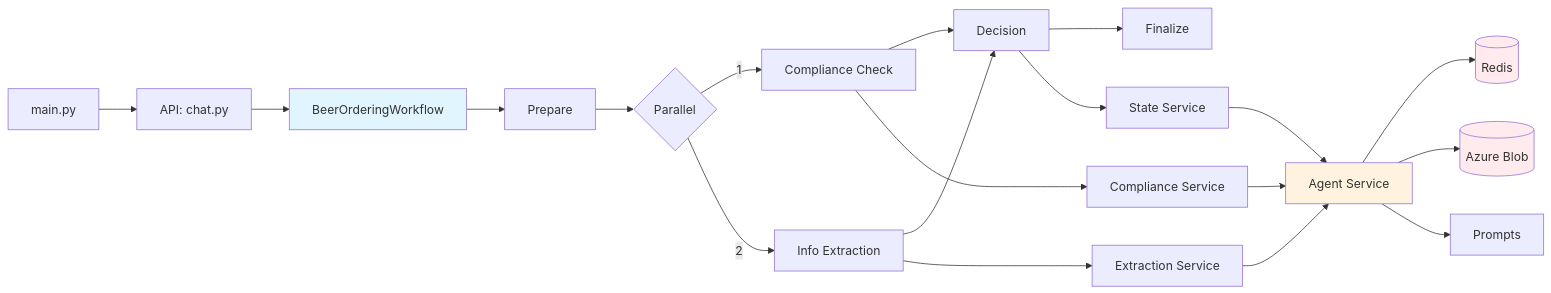
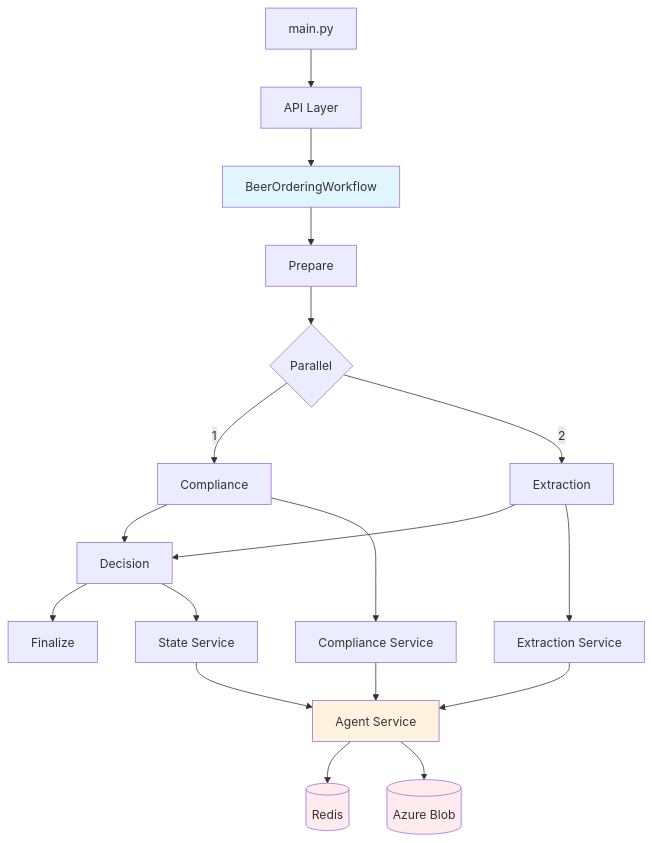
One commit to theAbyssOfTime2004/myVault changed the diagram in 6 - Main Notes/BrewBuddy SmartTap Overview.md. Above: the diagram before and after it, drawn with Mermaid.

Commit message:
vault backup: 2026-01-19 14:48:24

````diff
--- a/6 - Main Notes/BrewBuddy SmartTap Overview.md
+++ b/6 - Main Notes/BrewBuddy SmartTap Overview.md
@@ -8,37 +8,30 @@
 ```mermaid
-graph LR
-    %% Entry Point
-    Main[main.py] --> API[API: chat.py]
-    
+graph TD
+    Main[main.py] --> API[API Layer]
     API --> Workflow[BeerOrderingWorkflow]
     
-    %% Workflow Steps
     Workflow --> Prepare[Prepare]
     Prepare --> Parallel{Parallel}
-    Parallel -->|1| Compliance[Compliance Check]
-    Parallel -->|2| Extract[Info Extraction]
+    Parallel -->|1| Compliance[Compliance]
+    Parallel -->|2| Extract[Extraction]
+    
     Compliance --> Decision[Decision]
     Extract --> Decision
     Decision --> Finalize[Finalize]
     
-    %% Services
     Compliance --> CompSvc[Compliance Service]
     Extract --> ExtrSvc[Extraction Service]
     Decision --> StateSvc[State Service]
     
-    %% Agents
     CompSvc --> Agent[Agent Service]
     ExtrSvc --> Agent
     StateSvc --> Agent
     
-    %% Infrastructure
     Agent --> Redis[(Redis)]
     Agent --> Blob[(Azure Blob)]
-    Agent --> Prompts[Prompts]
     
-    %% Styling
     style Workflow fill:#e1f5fe
     style Agent fill:#fff3e0
     style Redis fill:#ffebee
     style Blob fill:#ffebee
 ```
````
